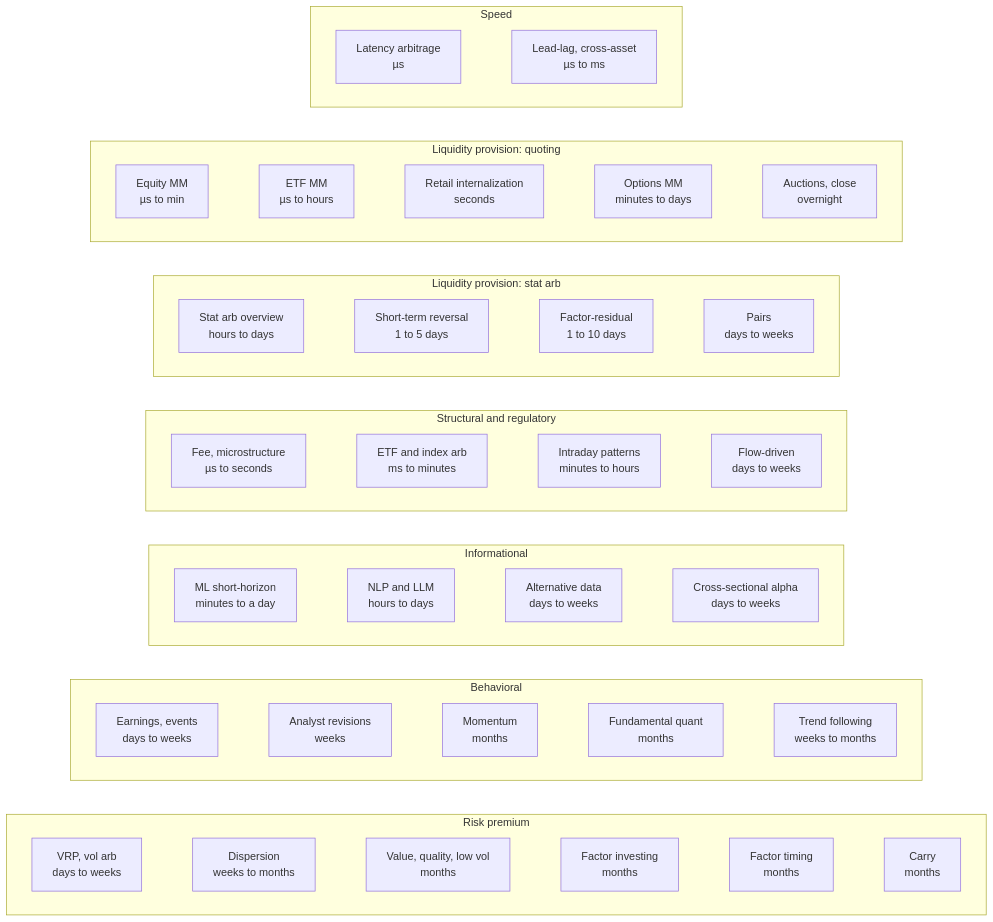
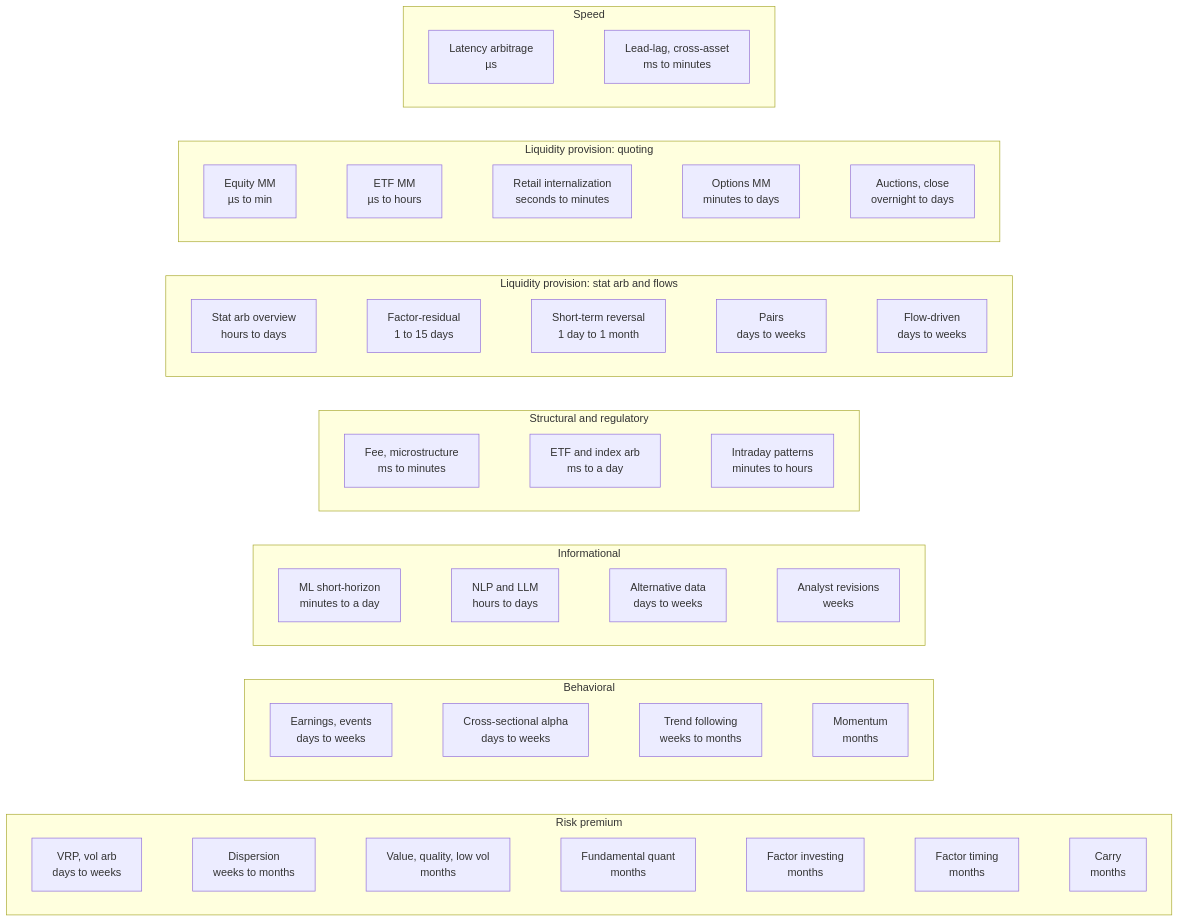
Before and after one commit to FrankHuang94/quant_trading_claude: the second of 2 diagrams in docs/02-strategies/index.md, drawn with Mermaid. The commit also changed other lines of this file and 10 other files, not shown here.

First line of the commit message:
phase-6 review: strategy map, evaluation page, liquidity-provision and speed/structural dossiers (arithmetic fixes, fact-check)

````diff
--- a/docs/02-strategies/index.md
+++ b/docs/02-strategies/index.md
@@ -83,32 +83,32 @@
 ```mermaid
 flowchart TB
     subgraph SPD["Speed"]
         direction LR
-        a1["Latency arbitrage<br/>µs"] ~~~ a2["Lead-lag, cross-asset<br/>µs to ms"]
+        a1["Latency arbitrage<br/>µs"] ~~~ a2["Lead-lag, cross-asset<br/>ms to minutes"]
     end
     subgraph LPV["Liquidity provision: quoting"]
         direction LR
-        b1["Equity MM<br/>µs to min"] ~~~ b2["ETF MM<br/>µs to hours"] ~~~ b3["Retail internalization<br/>seconds"] ~~~ b4["Options MM<br/>minutes to days"] ~~~ b5["Auctions, close<br/>overnight"]
+        b1["Equity MM<br/>µs to min"] ~~~ b2["ETF MM<br/>µs to hours"] ~~~ b3["Retail internalization<br/>seconds to minutes"] ~~~ b4["Options MM<br/>minutes to days"] ~~~ b5["Auctions, close<br/>overnight to days"]
     end
-    subgraph LPS["Liquidity provision: stat arb"]
+    subgraph LPS["Liquidity provision: stat arb and flows"]
         direction LR
-        b8["Stat arb overview<br/>hours to days"] ~~~ b6["Short-term reversal<br/>1 to 5 days"] ~~~ b7["Factor-residual<br/>1 to 10 days"] ~~~ b9["Pairs<br/>days to weeks"]
+        b8["Stat arb overview<br/>hours to days"] ~~~ b7["Factor-residual<br/>1 to 15 days"] ~~~ b6["Short-term reversal<br/>1 day to 1 month"] ~~~ b9["Pairs<br/>days to weeks"] ~~~ b10["Flow-driven<br/>days to weeks"]
     end
     subgraph STR["Structural and regulatory"]
         direction LR
-        c1["Fee, microstructure<br/>µs to seconds"] ~~~ c2["ETF and index arb<br/>ms to minutes"] ~~~ c3["Intraday patterns<br/>minutes to hours"] ~~~ c4["Flow-driven<br/>days to weeks"]
+        c1["Fee, microstructure<br/>ms to minutes"] ~~~ c2["ETF and index arb<br/>ms to a day"] ~~~ c3["Intraday patterns<br/>minutes to hours"]
     end
     subgraph INF["Informational"]
         direction LR
-        d1["ML short-horizon<br/>minutes to a day"] ~~~ d2["NLP and LLM<br/>hours to days"] ~~~ d3["Alternative data<br/>days to weeks"] ~~~ d4["Cross-sectional alpha<br/>days to weeks"]
+        d1["ML short-horizon<br/>minutes to a day"] ~~~ d2["NLP and LLM<br/>hours to days"] ~~~ d3["Alternative data<br/>days to weeks"] ~~~ d4["Analyst revisions<br/>weeks"]
     end
     subgraph BEH["Behavioral"]
         direction LR
-        e1["Earnings, events<br/>days to weeks"] ~~~ e2["Analyst revisions<br/>weeks"] ~~~ e3["Momentum<br/>months"] ~~~ e4["Fundamental quant<br/>months"] ~~~ e5["Trend following<br/>weeks to months"]
+        e1["Earnings, events<br/>days to weeks"] ~~~ e2["Cross-sectional alpha<br/>days to weeks"] ~~~ e5["Trend following<br/>weeks to months"] ~~~ e3["Momentum<br/>months"]
     end
     subgraph RPM["Risk premium"]
         direction LR
-        f1["VRP, vol arb<br/>days to weeks"] ~~~ f2["Dispersion<br/>weeks to months"] ~~~ f3["Value, quality, low vol<br/>months"] ~~~ f4["Factor investing<br/>months"] ~~~ f5["Factor timing<br/>months"] ~~~ f6["Carry<br/>months"]
+        f1["VRP, vol arb<br/>days to weeks"] ~~~ f2["Dispersion<br/>weeks to months"] ~~~ f3["Value, quality, low vol<br/>months"] ~~~ f7["Fundamental quant<br/>months"] ~~~ f4["Factor investing<br/>months"] ~~~ f5["Factor timing<br/>months"] ~~~ f6["Carry<br/>months"]
     end
     SPD ~~~ LPV ~~~ LPS ~~~ STR ~~~ INF ~~~ BEH ~~~ RPM
 ```
````
